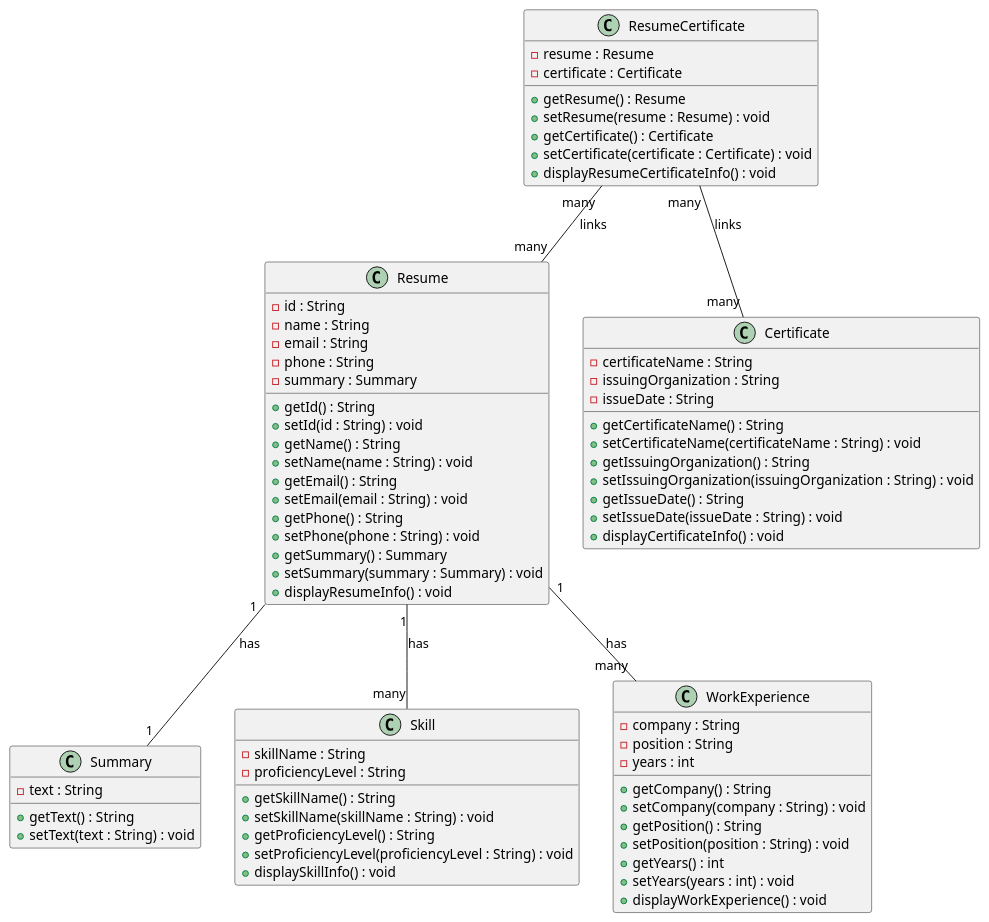
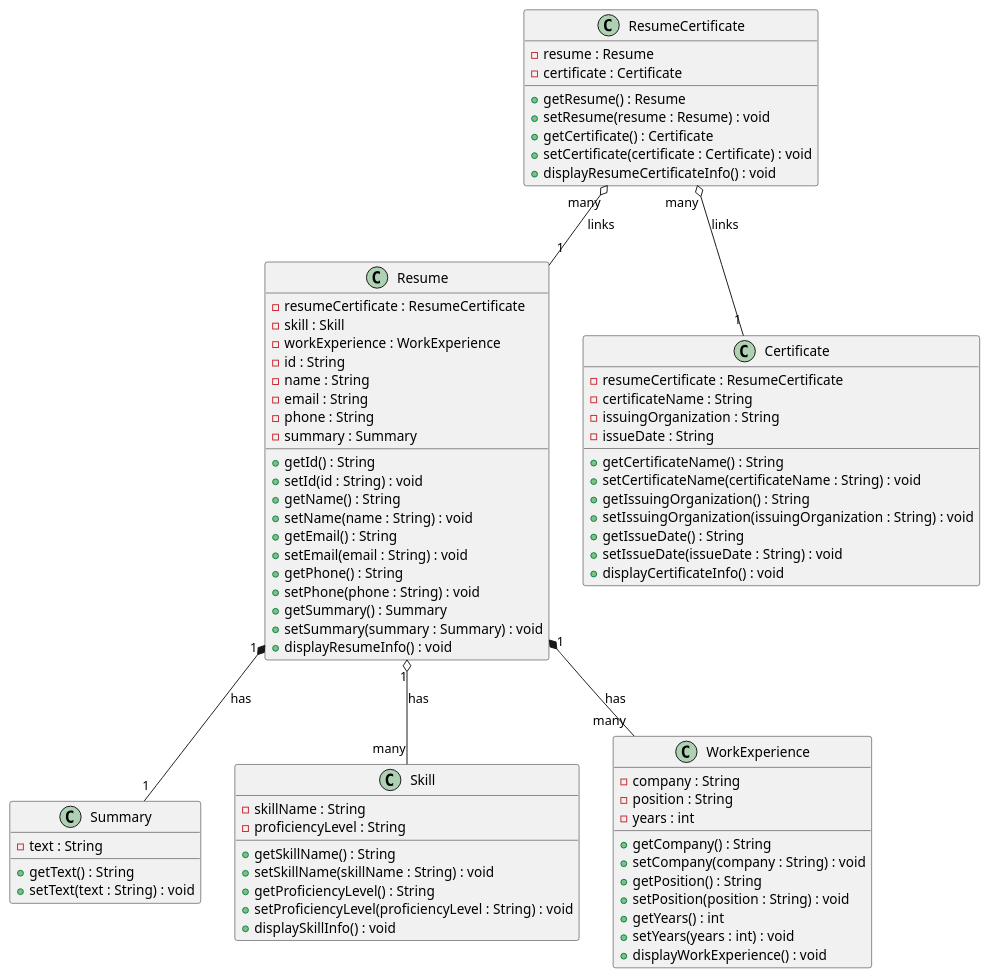
One commit to shreddedInk/Senla-Courses changed the diagram in task-2/3/ResumeDiagram.puml. Above: the diagram before and after it, drawn with PlantUML. The commit also changed 3 other files, not shown here.

Commit message:
fixed bugs from Resume and Patient diagrams

```diff
--- a/task-2/3/ResumeDiagram.puml
+++ b/task-2/3/ResumeDiagram.puml
@@ -1,78 +1,82 @@
 @startuml
 class Resume {
+    - resumeCertificate : ResumeCertificate
+    - skill : Skill
+    - workExperience : WorkExperience
     - id : String
     - name : String
     - email : String
     - phone : String
     - summary : Summary
     + getId() : String
     + setId(id : String) : void
     + getName() : String
     + setName(name : String) : void
     + getEmail() : String
     + setEmail(email : String) : void
     + getPhone() : String
     + setPhone(phone : String) : void
     + getSummary() : Summary
     + setSummary(summary : Summary) : void
     + displayResumeInfo() : void
 }
 
 class Summary {
     - text : String
     + getText() : String
     + setText(text : String) : void
 }
 
 class Skill {
     - skillName : String
     - proficiencyLevel : String
     + getSkillName() : String
     + setSkillName(skillName : String) : void
     + getProficiencyLevel() : String
     + setProficiencyLevel(proficiencyLevel : String) : void
     + displaySkillInfo() : void
 }
 
 class WorkExperience {
     - company : String
     - position : String
     - years : int
     + getCompany() : String
     + setCompany(company : String) : void
     + getPosition() : String
     + setPosition(position : String) : void
     + getYears() : int
     + setYears(years : int) : void
     + displayWorkExperience() : void
 }
 
 class Certificate {
+    - resumeCertificate : ResumeCertificate
     - certificateName : String
     - issuingOrganization : String
     - issueDate : String
     + getCertificateName() : String
     + setCertificateName(certificateName : String) : void
     + getIssuingOrganization() : String
     + setIssuingOrganization(issuingOrganization : String) : void
     + getIssueDate() : String
     + setIssueDate(issueDate : String) : void
     + displayCertificateInfo() : void
 }
 
 class ResumeCertificate {
     - resume : Resume
     - certificate : Certificate
     + getResume() : Resume
     + setResume(resume : Resume) : void
     + getCertificate() : Certificate
     + setCertificate(certificate : Certificate) : void
     + displayResumeCertificateInfo() : void
 }
 
-Resume "1" -- "1" Summary : has
-Resume "1" -- "many" Skill : has
-Resume "1" -- "many" WorkExperience : has
-ResumeCertificate "many" -- "many" Certificate : links
-ResumeCertificate "many" -- "many" Resume : links
+Resume "1" *-- "1" Summary : has
+Resume "1" o-- "many" Skill : has
+Resume "1" *-- "many" WorkExperience : has
+ResumeCertificate "many" o-- "1" Certificate : links
+ResumeCertificate "many" o-- "1" Resume : links
 @enduml
```
